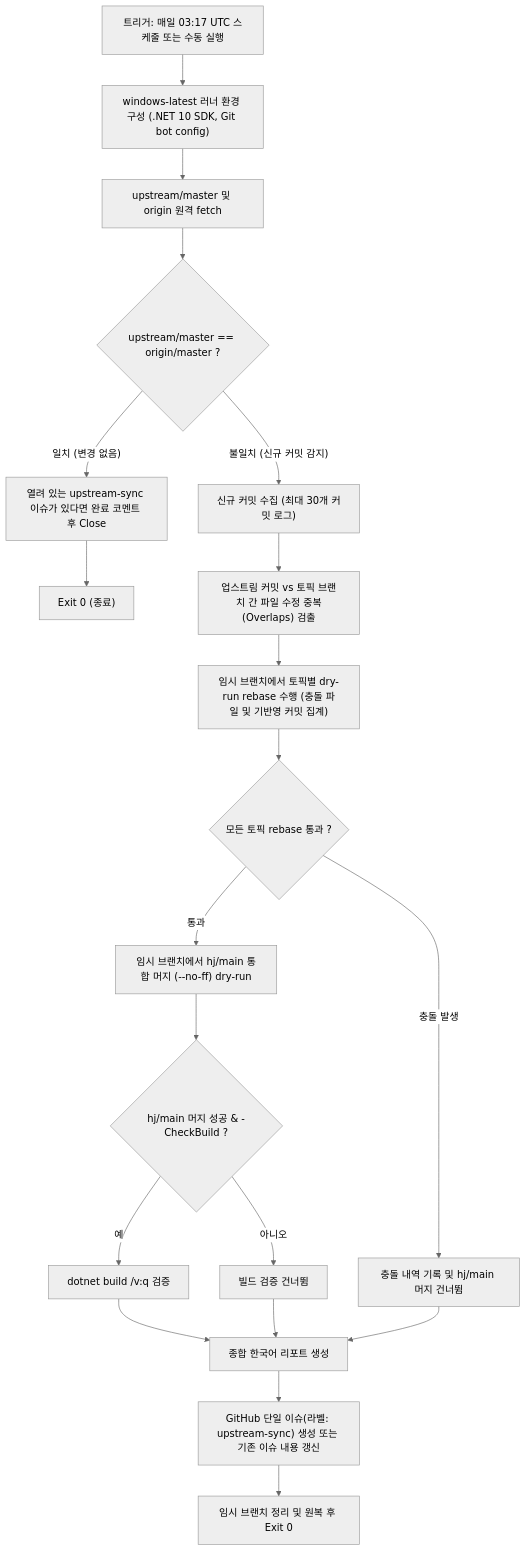
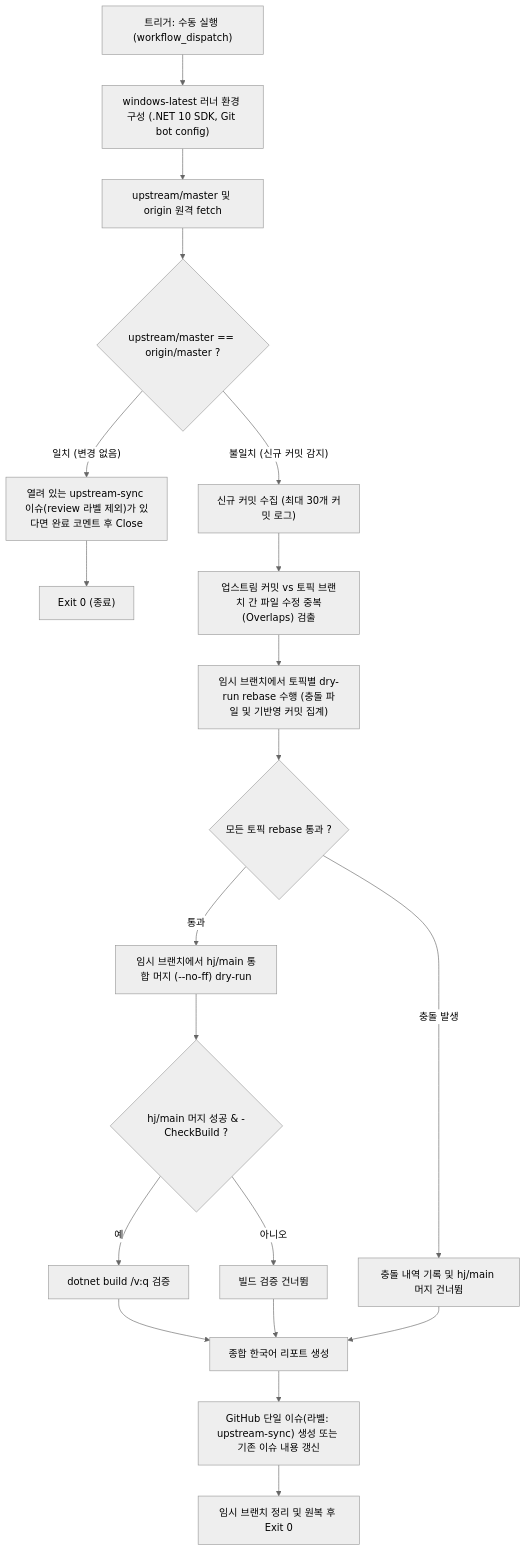
Before and after one commit to 5solas/gitextensions: the diagram in docs/hj/UPSTREAM-WATCH.md, drawn with Mermaid (neutral theme). The commit also changed other lines of this file and 1 other file, not shown here.

Commit message:
docs(hj): point watcher and release guides at the autosync workflow

````diff
--- a/docs/hj/UPSTREAM-WATCH.md
+++ b/docs/hj/UPSTREAM-WATCH.md
@@ -19,22 +21,22 @@
 ```mermaid
 flowchart TD
-    A["트리거: 매일 03:17 UTC 스케줄 또는 수동 실행"] --> B["windows-latest 러너 환경 구성 (.NET 10 SDK, Git bot config)"]
+    A["트리거: 수동 실행 (workflow_dispatch)"] --> B["windows-latest 러너 환경 구성 (.NET 10 SDK, Git bot config)"]
     B --> C["upstream/master 및 origin 원격 fetch"]
     C --> D{"upstream/master == origin/master ?"}
-    D -- "일치 (변경 없음)" --> E["열려 있는 upstream-sync 이슈가 있다면 완료 코멘트 후 Close"]
+    D -- "일치 (변경 없음)" --> E["열려 있는 upstream-sync 이슈(review 라벨 제외)가 있다면 완료 코멘트 후 Close"]
     E --> F["Exit 0 (종료)"]
     D -- "불일치 (신규 커밋 감지)" --> G["신규 커밋 수집 (최대 30개 커밋 로그)"]
     G --> H["업스트림 커밋 vs 토픽 브랜치 간 파일 수정 중복(Overlaps) 검출"]
     H --> I["임시 브랜치에서 토픽별 dry-run rebase 수행 (충돌 파일 및 기반영 커밋 집계)"]
     I --> J{"모든 토픽 rebase 통과 ?"}
     J -- "통과" --> K["임시 브랜치에서 hj/main 통합 머지 (--no-ff) dry-run"]
     J -- "충돌 발생" --> L["충돌 내역 기록 및 hj/main 머지 건너뜀"]
     K --> M{"hj/main 머지 성공 & -CheckBuild ?"}
     M -- "예" --> N["dotnet build /v:q 검증"]
     M -- "아니오" --> O["빌드 검증 건너뜀"]
     N --> P["종합 한국어 리포트 생성"]
     L --> P
     O --> P
     P --> Q["GitHub 단일 이슈(라벨: upstream-sync) 생성 또는 기존 이슈 내용 갱신"]
     Q --> R["임시 브랜치 정리 및 원복 후 Exit 0"]
 ```
````
